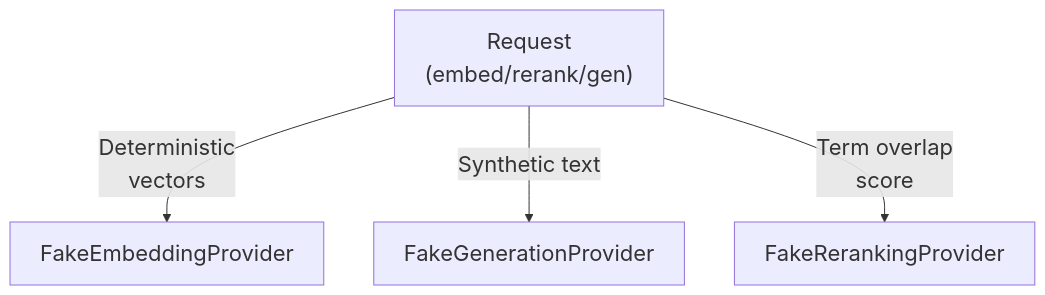
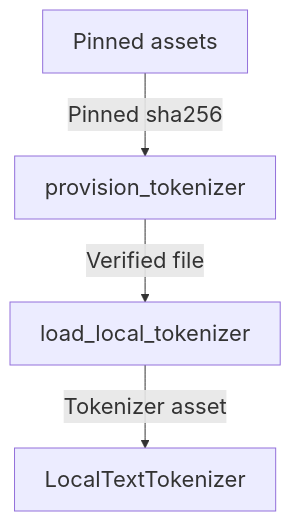
One commit to Justin-Mendoza/Afterclass changed the fifth of 5 diagrams in maps/answers/README.md. Above: the diagram before and after it, drawn with Mermaid. The commit also changed other lines of this file and 83 other files, not shown here.

````diff
--- a/maps/answers/README.md
+++ b/maps/answers/README.md
@@ -189,11 +195,11 @@
 ```mermaid
 %%{init: {"themeVariables": {"fontSize": "22px"}}}%%
 flowchart TD
-  n0["Request<br/>(embed/rerank/gen)"]
-  n1["FakeEmbeddingProvider"]
-  n2["FakeGenerationProvider"]
-  n3["FakeRerankingProvider"]
-  n0 -->|"Deterministic<br/>vectors"| n1
-  n0 -->|"Synthetic text"| n2
-  n0 -->|"Term overlap<br/>score"| n3
+  n0["Pinned assets"]
+  n1["provision_tokenizer"]
+  n2["load_local_tokenizer"]
+  n3["LocalTextTokenizer"]
+  n0 -->|"Pinned sha256"| n1
+  n1 -->|"Verified file"| n2
+  n2 -->|"Tokenizer asset"| n3
 ```
````
